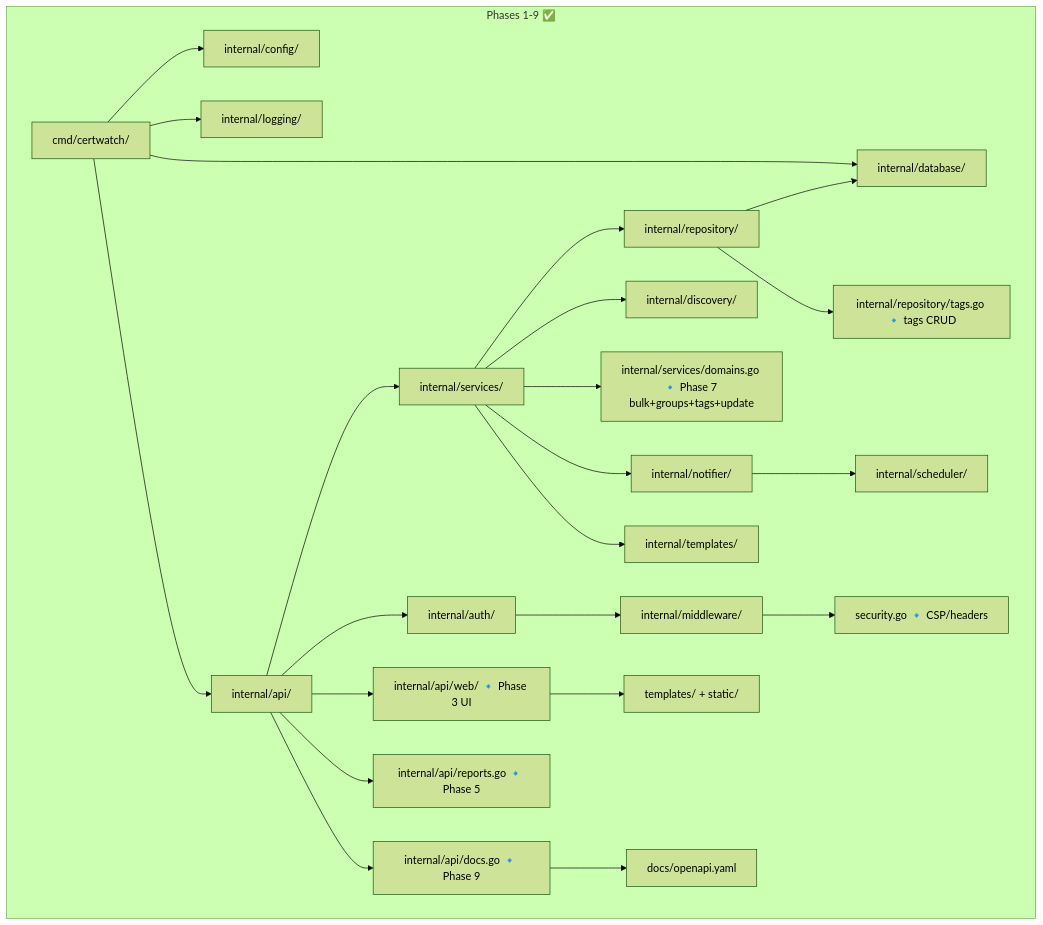
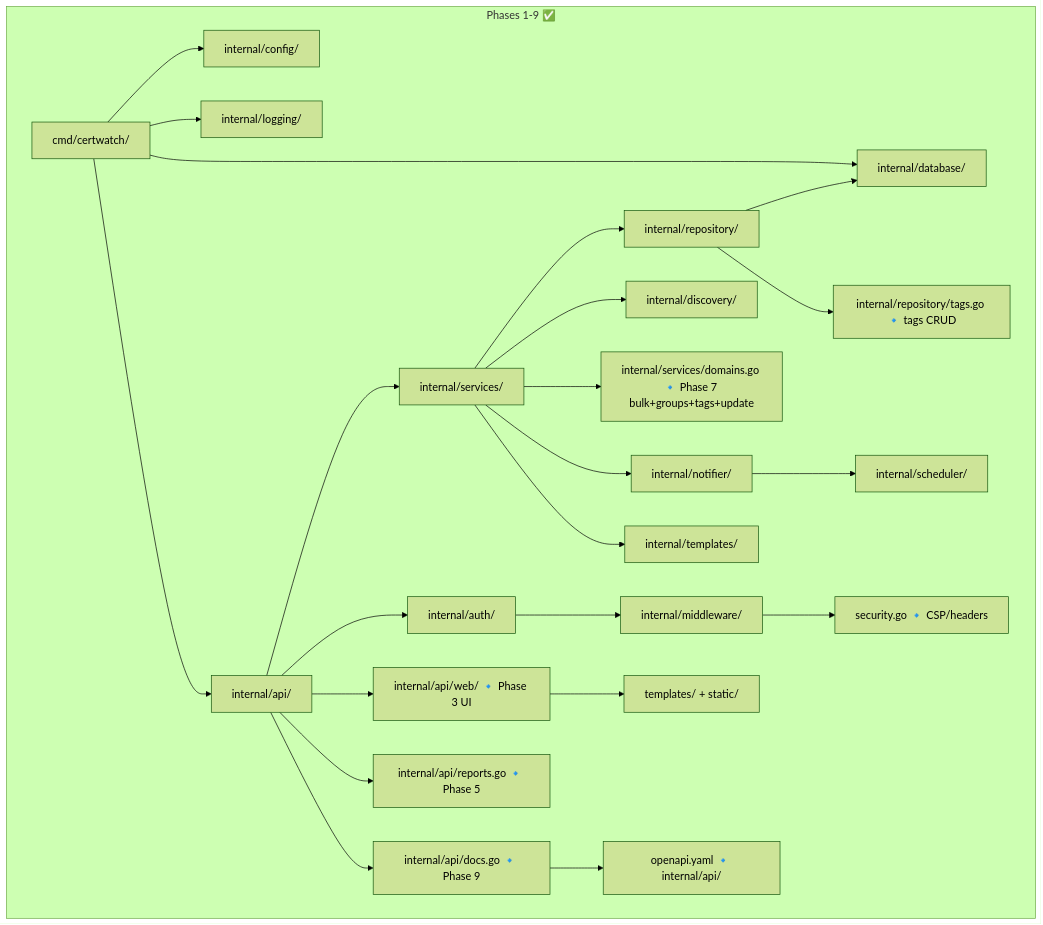
Before and after one commit to araujofrancisco/certwatch: the diagram in docs/architecture.md, drawn with Mermaid (forest theme). The commit also changed 4 other files, not shown here.

Commit message:
fix: move openapi.yaml into internal/api/ to comply with go:embed no-.. constraint

````diff
--- a/docs/architecture.md
+++ b/docs/architecture.md
@@ -8,22 +8,22 @@
 ```mermaid
 graph TD
     subgraph "Phases 1-9 ✅"
         cmd/certwatch/ --> internal/config/
         cmd/certwatch/ --> internal/logging/
         cmd/certwatch/ --> internal/database/
         cmd/certwatch/ --> internal/api/ --> internal/services/ --> internal/repository/
         internal/repository/ --> internal/database/
         internal/services/ --> internal/discovery/
         internal/api/ --> internal/auth/ --> internal/middleware/
         internal/middleware/ --> MS[security.go 🔹 CSP/headers]
         internal/api/ --> U[internal/api/web/ 🔹 Phase 3 UI]
         U --> T[templates/ + static/]
         internal/api/ --> R[internal/api/reports.go 🔹 Phase 5]
         internal/api/ --> D[internal/api/docs.go 🔹 Phase 9]
-        D --> O[docs/openapi.yaml]
+        D --> O[openapi.yaml 🔹 internal/api/]
         internal/services/ --> I[internal/services/domains.go 🔹 Phase 7 bulk+groups+tags+update]
         internal/services/ --> internal/notifier/ --> internal/scheduler/
         internal/services/ --> internal/templates/
         internal/repository/ --> TG[internal/repository/tags.go 🔹 tags CRUD]
     end
 ```
````
